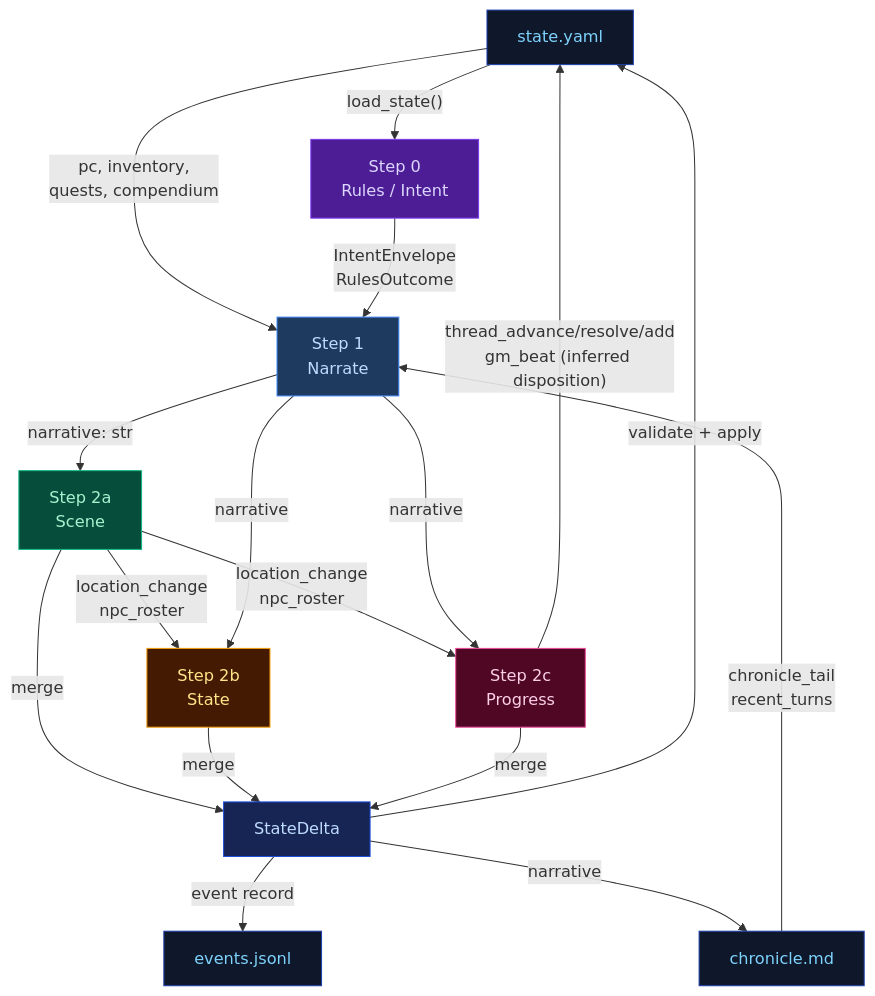
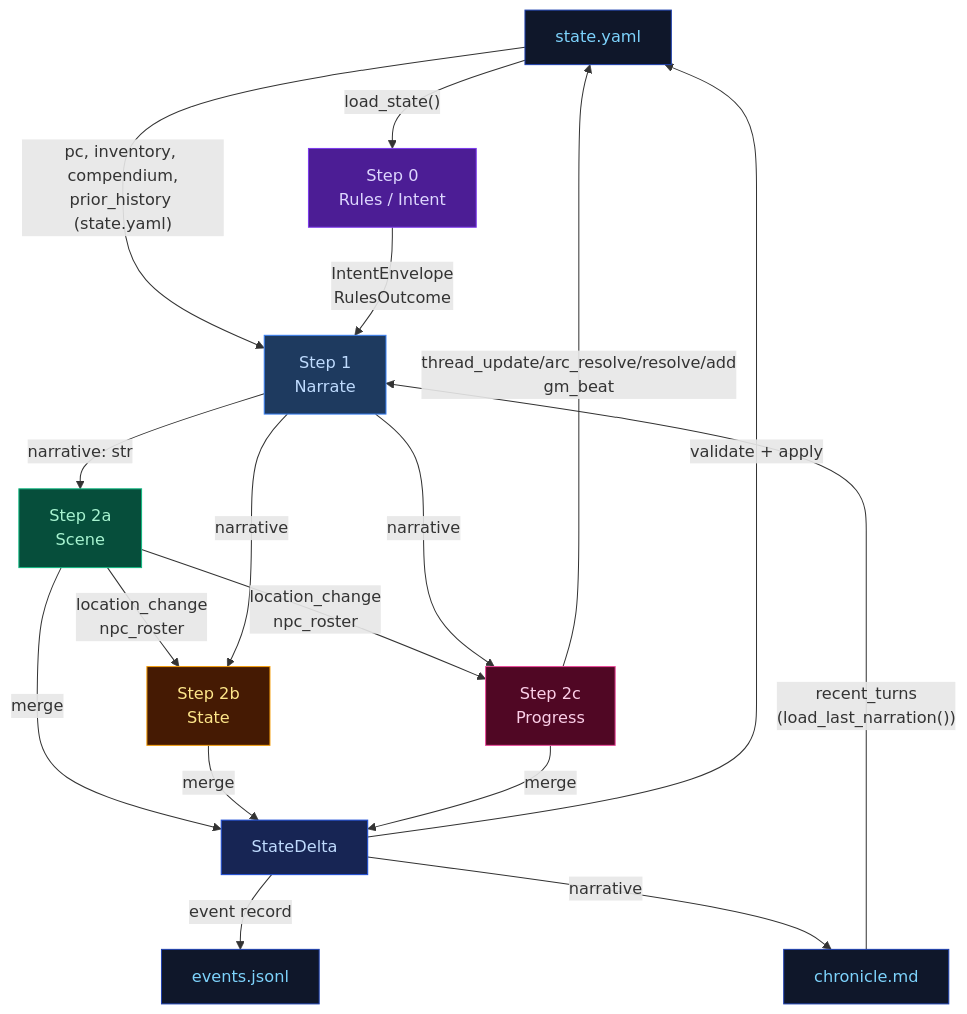
Before and after one commit to pww217/fablethread: the diagram in docs/architecture/cross-pipeline.md, drawn with Mermaid. The commit also changed 44 other files, not shown here.

````diff
--- a/docs/architecture/cross-pipeline.md
+++ b/docs/architecture/cross-pipeline.md
@@ -3,29 +3,29 @@
 ```mermaid
 flowchart TD
     classDef stageRules    fill:#4c1d95,color:#ddd6fe,stroke:#7c3aed
     classDef stageNarrate  fill:#1e3a5f,color:#bfdbfe,stroke:#3b82f6
     classDef stageScene    fill:#064e3b,color:#a7f3d0,stroke:#10b981
     classDef stageState    fill:#451a03,color:#fde68a,stroke:#f59e0b
     classDef stageProgress fill:#500724,color:#fbcfe8,stroke:#ec4899
     classDef storageNode   fill:#0f172a,color:#7dd3fc,stroke:#1e40af
     classDef mergeNode     fill:#172554,color:#bfdbfe,stroke:#1d4ed8
 
     STATE["state.yaml"]:::storageNode
     CHRONICLE["chronicle.md"]:::storageNode
     EVENTS["events.jsonl"]:::storageNode
 
     STATE -- "load_state()" --> STEP0["Step 0<br>Rules / Intent"]:::stageRules
-    CHRONICLE -- "chronicle_tail<br>recent_turns" --> STEP1["Step 1<br>Narrate"]:::stageNarrate
-    STATE -- "pc, inventory,<br>quests, compendium" --> STEP1
+    CHRONICLE -- "recent_turns<br>(load_last_narration())" --> STEP1["Step 1<br>Narrate"]:::stageNarrate
+    STATE -- "pc, inventory, compendium,<br>prior_history (state.yaml)" --> STEP1
     STEP0 -- "IntentEnvelope<br>RulesOutcome" --> STEP1
     STEP1 -- "narrative: str" --> STEP2A["Step 2a<br>Scene"]:::stageScene
     STEP2A -- "location_change<br>npc_roster" --> STEP2B["Step 2b<br>State"]:::stageState
     STEP1 -- "narrative" --> STEP2B
     STEP2A -- "location_change<br>npc_roster" --> STEP2C["Step 2c<br>Progress"]:::stageProgress
     STEP1 -- "narrative" --> STEP2C
     STEP2A & STEP2B & STEP2C -- "merge" --> DELTA["StateDelta"]:::mergeNode
     DELTA -- "validate + apply" --> STATE
     DELTA -- "event record" --> EVENTS
     DELTA -- "narrative" --> CHRONICLE
-    STEP2C -- "thread_advance/resolve/add<br>gm_beat (inferred disposition)" --> STATE
+    STEP2C -- "thread_update/arc_resolve/resolve/add<br>gm_beat" --> STATE
 ```
````
